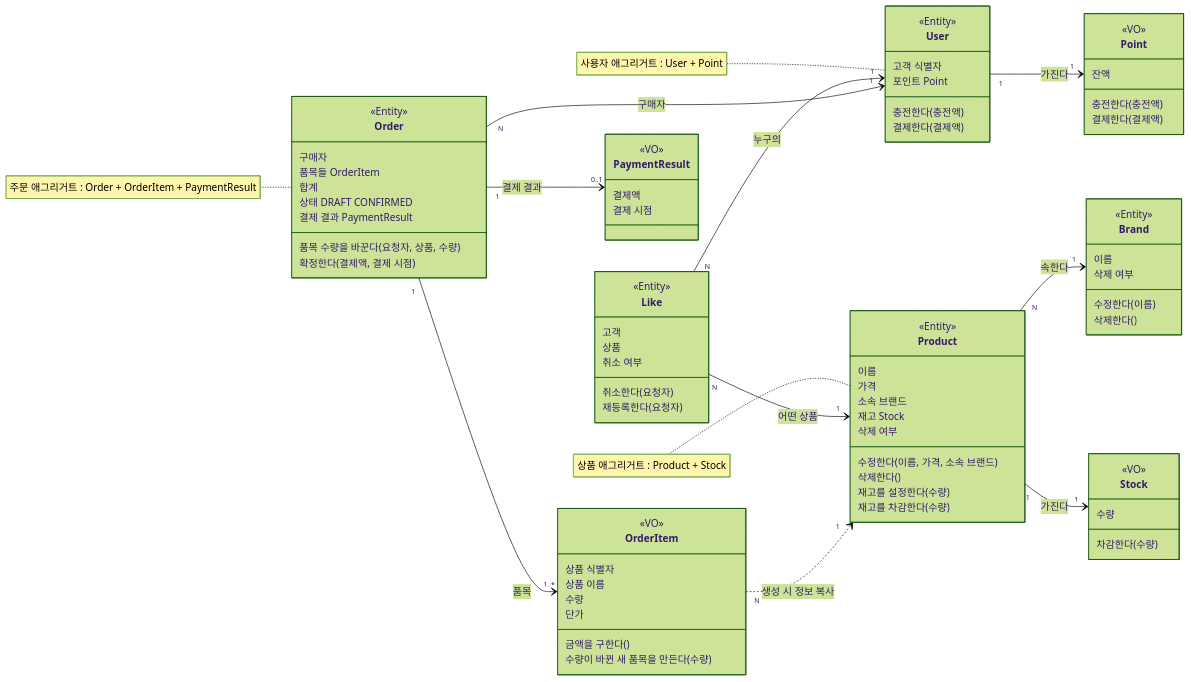
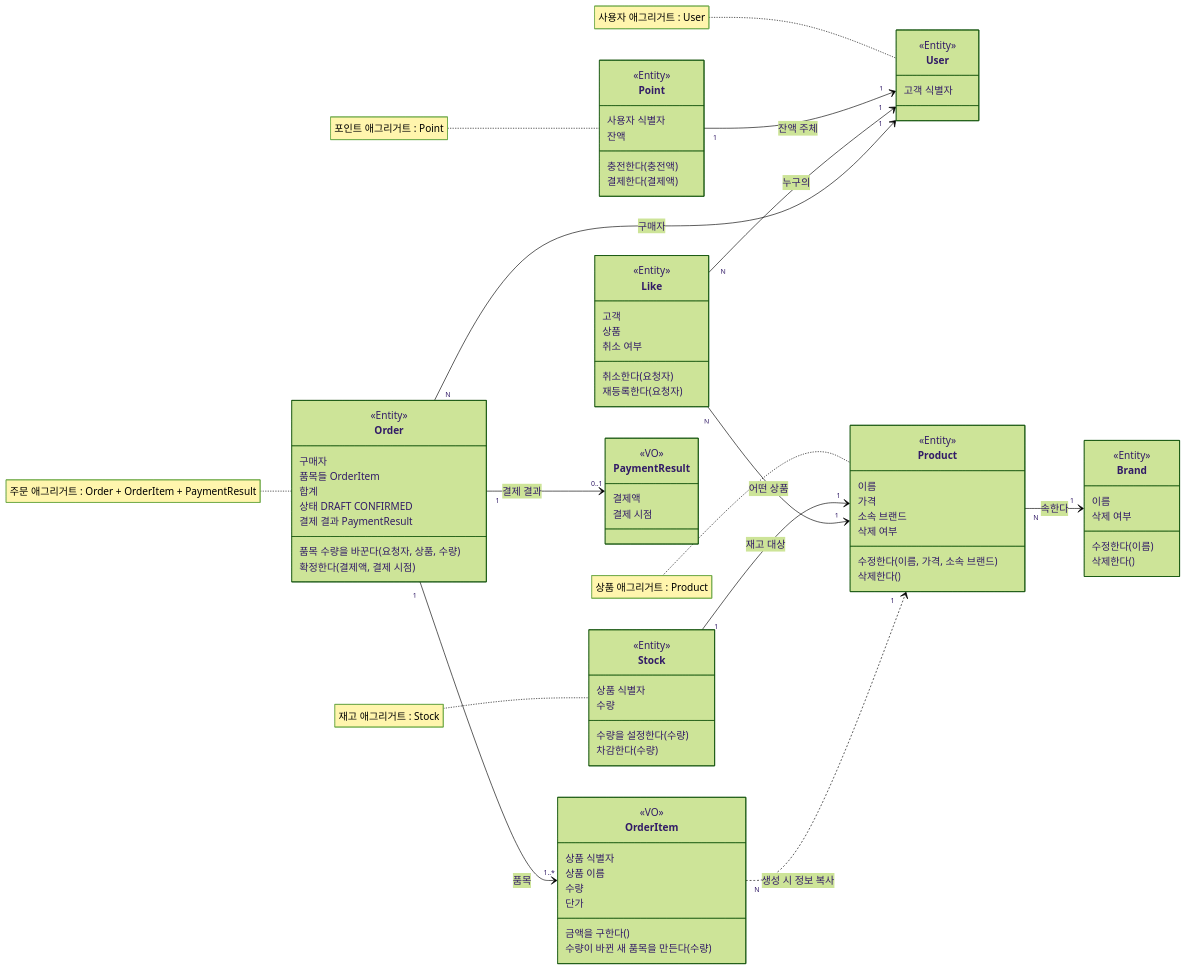
One commit to jeongye01/loop-pack-be-l2-vol5-java changed the first of 2 diagrams in docs/week2/domain-relations.md. Above: the diagram before and after it, drawn with Mermaid (forest theme). The commit also changed other lines of this file and 3 other files, not shown here.

````diff
--- a/docs/week2/domain-relations.md
+++ b/docs/week2/domain-relations.md
@@ -13,12 +17,10 @@
     class User {
         <<Entity>>
         고객 식별자
-        포인트 Point
-        충전한다(충전액)
-        결제한다(결제액)
     }
     class Point {
-        <<VO>>
+        <<Entity>>
+        사용자 식별자
         잔액
         충전한다(충전액)
         결제한다(결제액)
@@ -35,16 +37,15 @@
         이름
         가격
         소속 브랜드
-        재고 Stock
         삭제 여부
         수정한다(이름, 가격, 소속 브랜드)
         삭제한다()
-        재고를 설정한다(수량)
-        재고를 차감한다(수량)
     }
     class Stock {
-        <<VO>>
+        <<Entity>>
+        상품 식별자
         수량
+        수량을 설정한다(수량)
         차감한다(수량)
     }
     class Like {
@@ -80,9 +81,9 @@
         결제 시점
     }
 
-    User "1" --> "1" Point : 가진다
+    Point "1" --> "1" User : 잔액 주체
     Product "N" --> "1" Brand : 속한다
-    Product "1" --> "1" Stock : 가진다
+    Stock "1" --> "1" Product : 재고 대상
     Like "N" --> "1" User : 누구의
     Like "N" --> "1" Product : 어떤 상품
     Order "N" --> "1" User : 구매자
@@ -90,7 +91,9 @@
     Order "1" --> "0..1" PaymentResult : 결제 결과
     OrderItem "N" ..> "1" Product : 생성 시 정보 복사
 
-    note for User "사용자 애그리거트 : User + Point"
-    note for Product "상품 애그리거트 : Product + Stock"
+    note for User "사용자 애그리거트 : User"
+    note for Point "포인트 애그리거트 : Point"
+    note for Product "상품 애그리거트 : Product"
+    note for Stock "재고 애그리거트 : Stock"
     note for Order "주문 애그리거트 : Order + OrderItem + PaymentResult"
 ```
````
